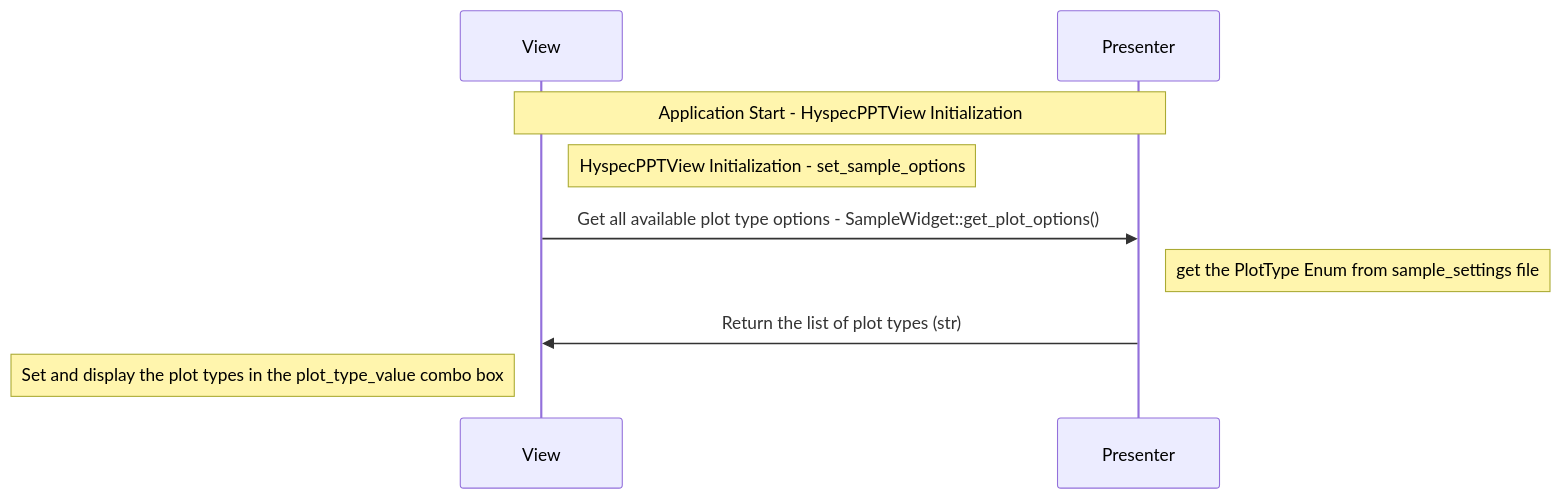
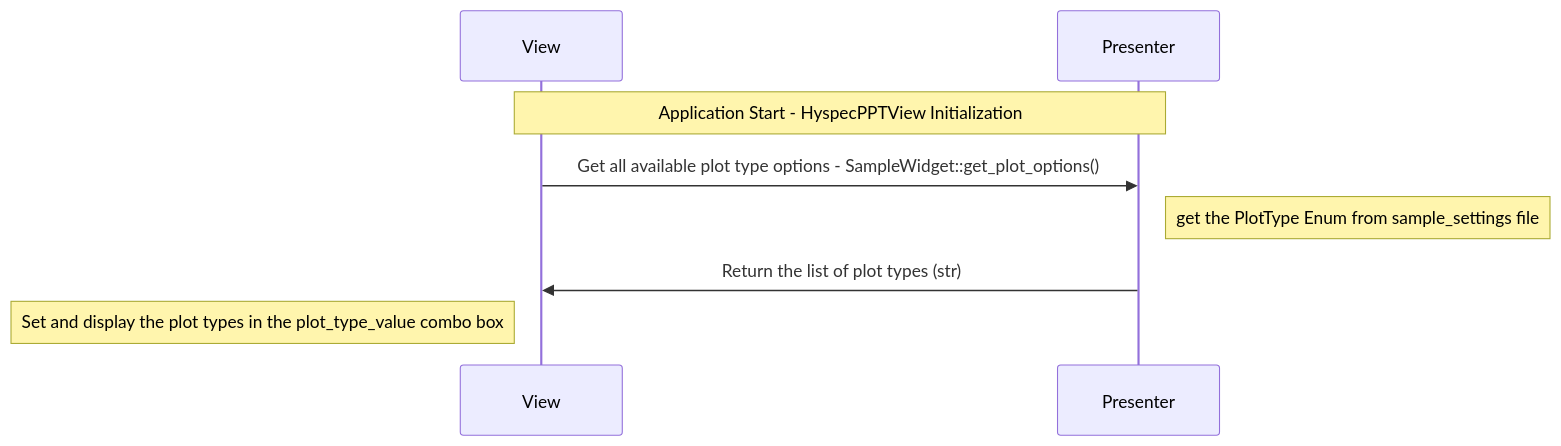
The fourth of 13 diagrams in docs/source/design/hyspecpptclasses.rst (neutrons/hyspecppt), drawn with Mermaid before and after one commit. The commit also changed other lines of this file and 1 other file, not shown here.

```diff
--- a/docs/source/design/hyspecpptclasses.rst
+++ b/docs/source/design/hyspecpptclasses.rst
@@ -458,12 +458,11 @@
     .. mermaid::
 
         sequenceDiagram
             participant View
             participant Presenter
 
             Note over View,Presenter: Application Start - HyspecPPTView Initialization
-            Note right of View: HyspecPPTView Initialization - set_sample_options
             View->>Presenter: Get all available plot type options - SampleWidget::get_plot_options()
             Note right of Presenter: get the PlotType Enum from sample_settings file
             Presenter->>View: Return the list of plot types (str)
             Note left of View: Set and display the plot types in the plot_type_value combo box
```
